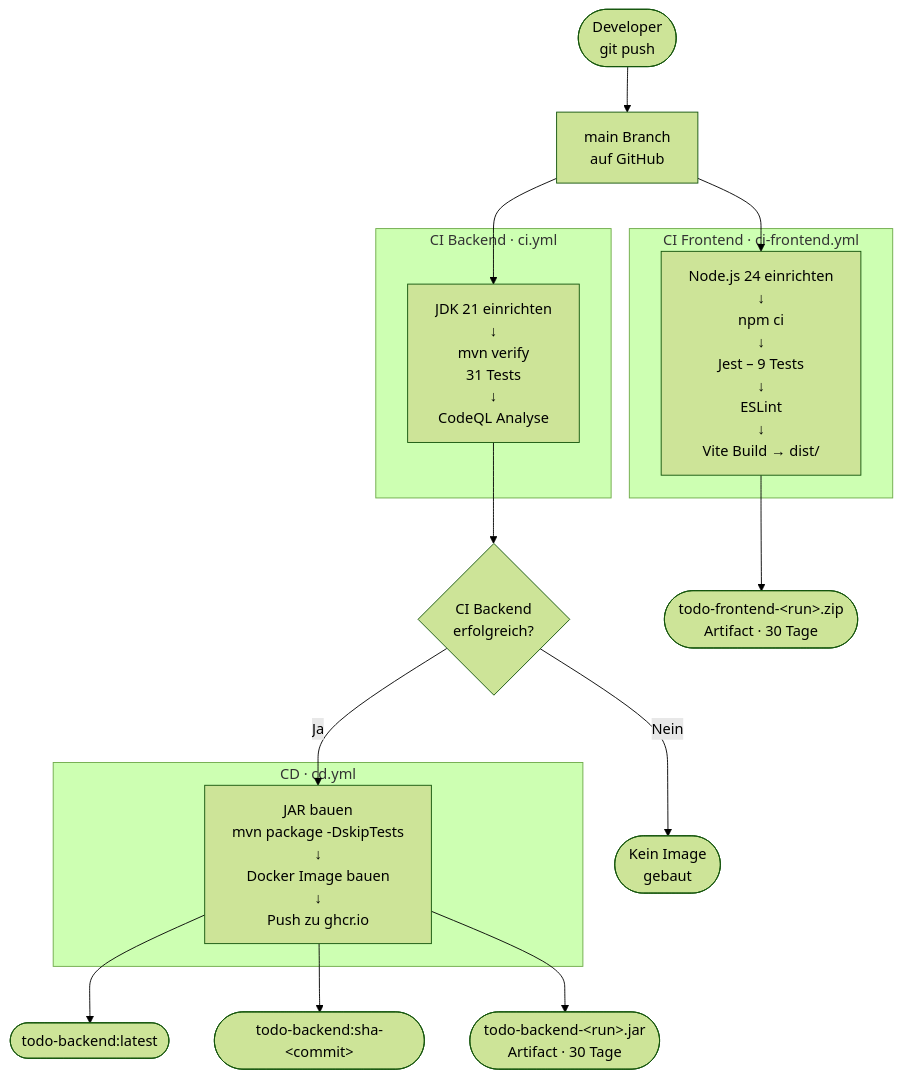
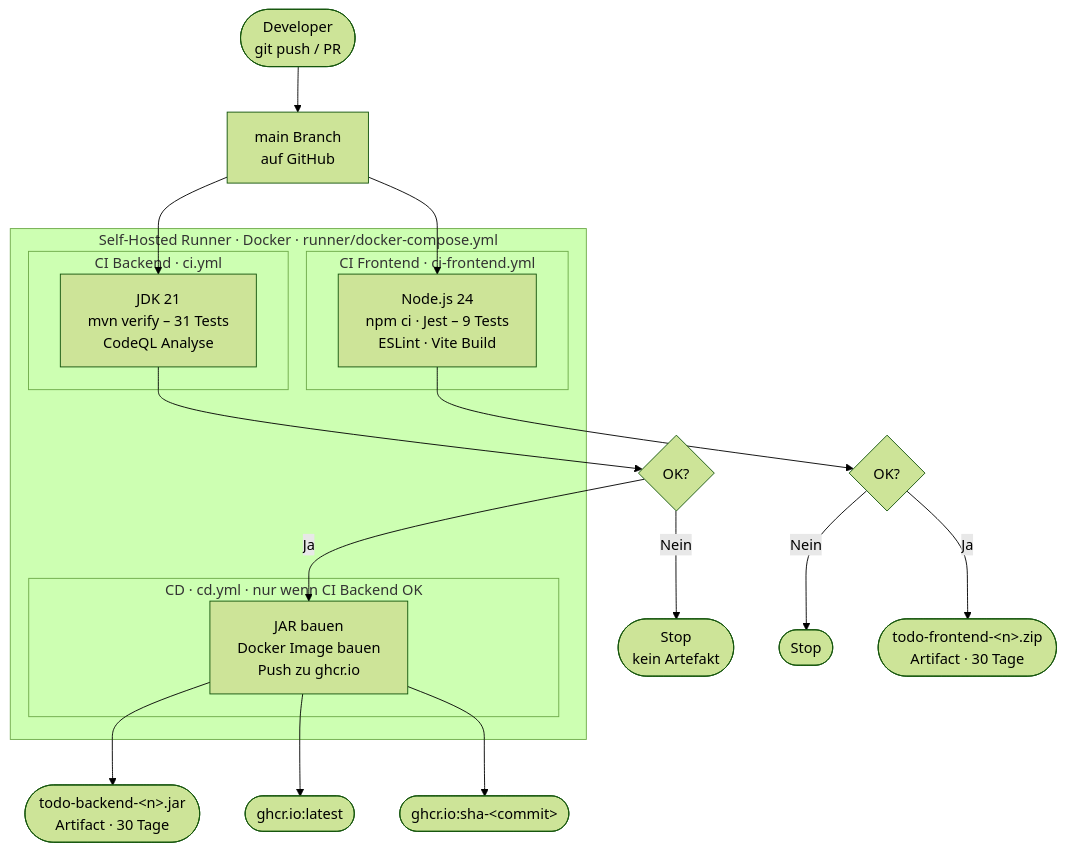
The second of 4 diagrams in README.md (DerDexBot/Modul_324_DevOps), drawn with Mermaid (forest theme) before and after one commit. The commit also changed other lines of this file, not shown here.

Commit message:
docs(readme): CI/CD-Diagramm auf finalen Stand aktualisiert
- Runner-Subgraph umschliesst alle drei Pipelines
- Frontend-Artifact und Backend-Artifact/Image sauber dargestellt
- CD-Bedingung direkt im Diagramm sichtbar

````diff
--- a/README.md
+++ b/README.md
@@ -49,28 +49,35 @@
 ```mermaid
 flowchart TD
-    DEV([Developer\ngit push]) --> MAIN[main Branch\nauf GitHub]
-
+    DEV([Developer\ngit push / PR]) --> MAIN[main Branch\nauf GitHub]
     MAIN --> CIB & CIF
 
-    subgraph CIB_block["CI Backend  ·  ci.yml"]
-        CIB["JDK 21 einrichten\n↓\nmvn verify\n31 Tests\n↓\nCodeQL Analyse"]
+    subgraph RUNNER["Self-Hosted Runner  ·  Docker  ·  runner/docker-compose.yml"]
+
+        subgraph CIB_block["CI Backend  ·  ci.yml"]
+            CIB["JDK 21\nmvn verify – 31 Tests\nCodeQL Analyse"]
+        end
+
+        subgraph CIF_block["CI Frontend  ·  ci-frontend.yml"]
+            CIF["Node.js 24\nnpm ci · Jest – 9 Tests\nESLint · Vite Build"]
+        end
+
+        subgraph CD_block["CD  ·  cd.yml  ·  nur wenn CI Backend OK"]
+            CD["JAR bauen\nDocker Image bauen\nPush zu ghcr.io"]
+        end
+
     end
 
-    subgraph CIF_block["CI Frontend  ·  ci-frontend.yml"]
-        CIF["Node.js 24 einrichten\n↓\nnpm ci\n↓\nJest – 9 Tests\n↓\nESLint\n↓\nVite Build → dist/"]
-    end
-
-    CIB --> GATE{CI Backend\nerfolgreich?}
-    GATE -- Nein --> STOP([Kein Image\ngebaut])
+    CIB --> GATE{OK?}
+    GATE -- Nein --> STOP([Stop\nkein Artefakt])
     GATE -- Ja --> CD
 
-    subgraph CD_block["CD  ·  cd.yml"]
-        CD["JAR bauen\nmvn package -DskipTests\n↓\nDocker Image bauen\n↓\nPush zu ghcr.io"]
-    end
+    CIF --> FE_OK{OK?}
+    FE_OK -- Nein --> STOP2([Stop])
+    FE_OK -- Ja --> FE_ART
 
-    CD --> TAG1([todo-backend:latest])
-    CD --> TAG2([todo-backend:sha-&lt;commit&gt;])
-    CD --> JAR([todo-backend-&lt;run&gt;.jar\nArtifact · 30 Tage])
+    CD --> BE_JAR([todo-backend-&lt;n&gt;.jar\nArtifact · 30 Tage])
+    CD --> IMG1([ghcr.io:latest])
+    CD --> IMG2([ghcr.io:sha-&lt;commit&gt;])
 
-    CIF --> FSTATUS([todo-frontend-&lt;run&gt;.zip\nArtifact · 30 Tage])
+    FE_ART([todo-frontend-&lt;n&gt;.zip\nArtifact · 30 Tage])
 ```
````
